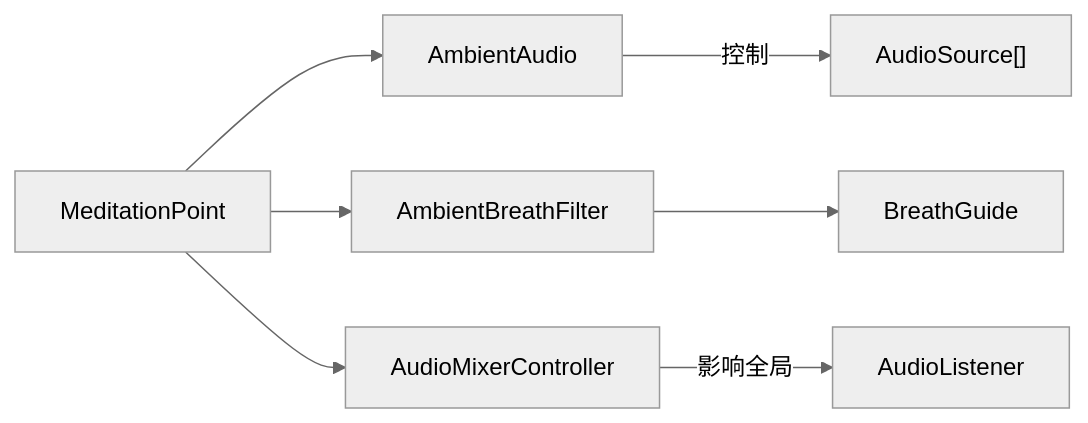
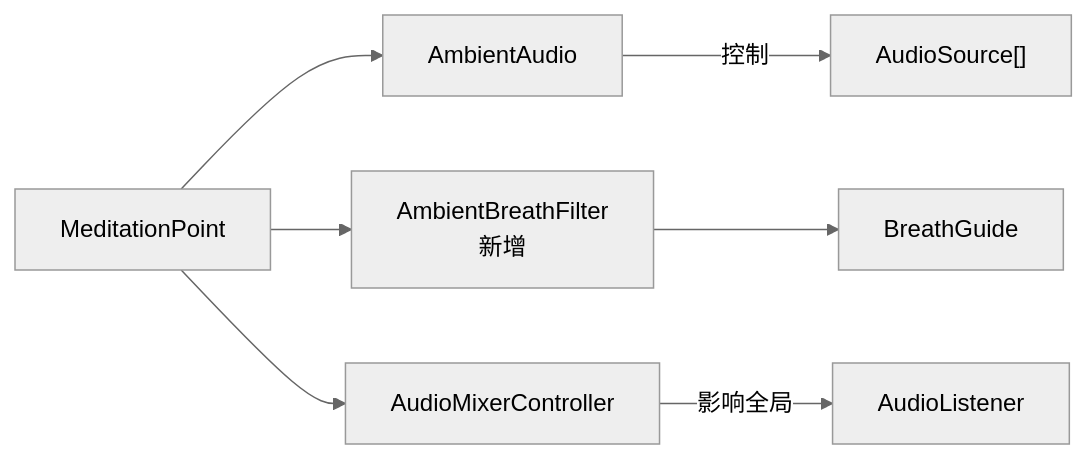
One commit to cpufreestyle/InkRidge changed the fifth of 5 diagrams in .qoder/repowiki/zh/content/音频系统/环境音效管理.md. Above: the diagram before and after it, drawn with Mermaid (neutral theme). The commit also changed other lines of this file and 17 other files, not shown here.

````diff
--- a/.qoder/repowiki/zh/content/音频系统/环境音效管理.md
+++ b/.qoder/repowiki/zh/content/音频系统/环境音效管理.md
@@ -249,9 +298,9 @@
 ```mermaid
 graph LR
 MP["MeditationPoint"] --> AA["AmbientAudio"]
-MP --> ABF["AmbientBreathFilter"]
+MP --> ABF["AmbientBreathFilter<br/>新增"]
 MP --> AMC["AudioMixerController"]
 ABF --> BG["BreathGuide"]
 AA --> |"控制"| Sources["AudioSource[]"]
 AMC --> |"影响全局"| Listener["AudioListener"]
 ```
````
